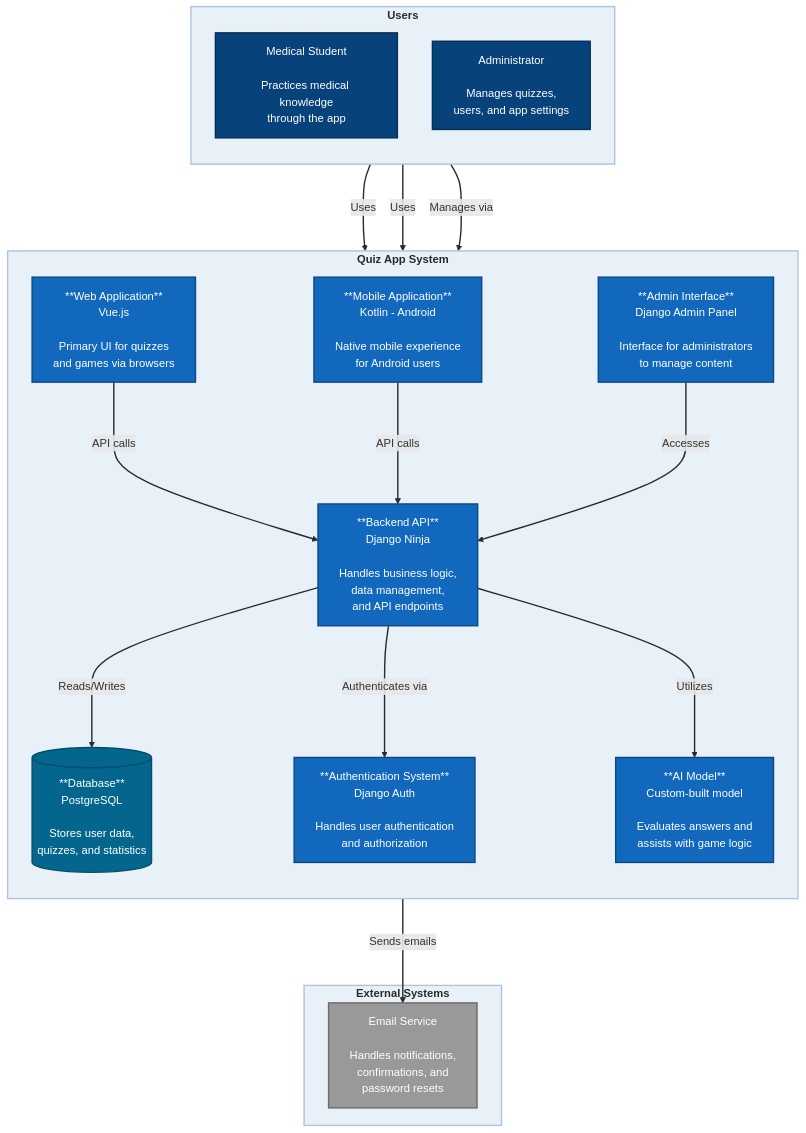
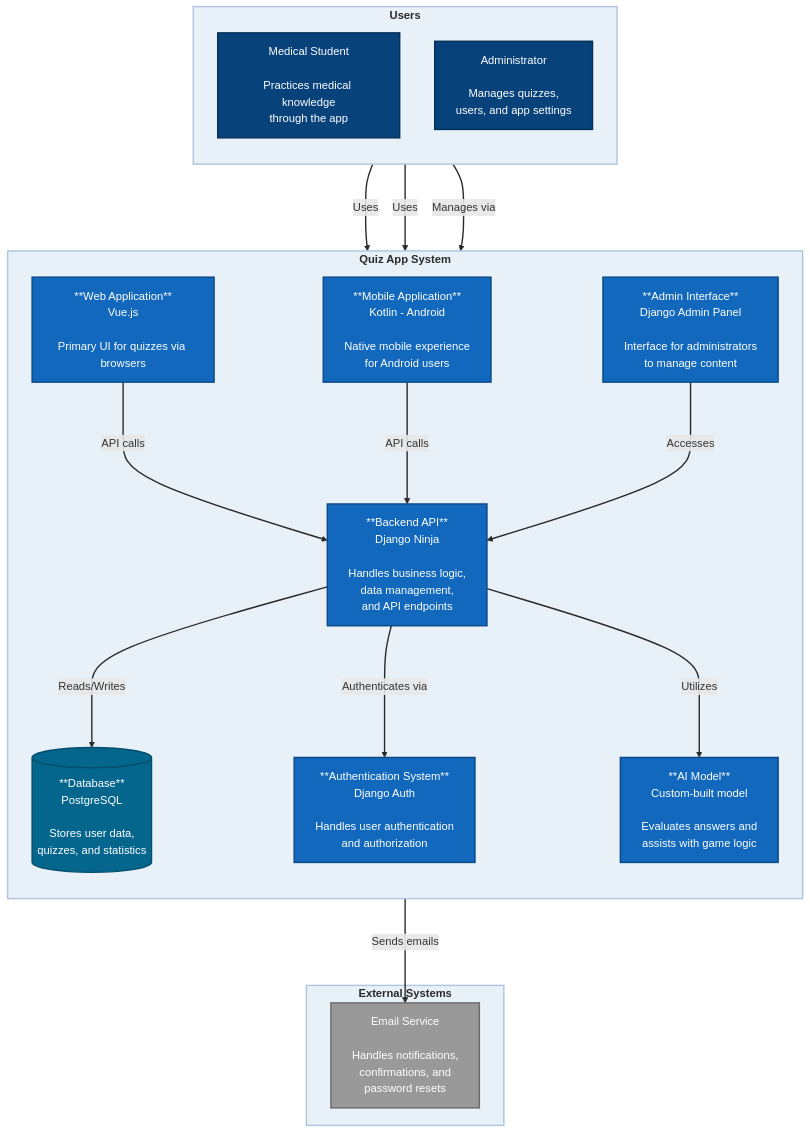
Before and after one commit to HowDidThat/Proiect_no_name: the diagram in Lab3/CatiruStefan/C2.md, drawn with Mermaid.

````diff
--- a/Lab3/CatiruStefan/C2.md
+++ b/Lab3/CatiruStefan/C2.md
@@ -1,52 +1,52 @@
 ```mermaid
 flowchart TB
     %% Define styles
     classDef person fill:#08427B,color:#fff,stroke:#052E56,stroke-width:2px
     classDef container fill:#1168BD,color:#fff,stroke:#0B4884,stroke-width:2px
     classDef database fill:#05668D,color:#fff,stroke:#024E6B,stroke-width:2px
     classDef external fill:#999999,color:#fff,stroke:#6B6B6B,stroke-width:2px
 
     %% Users
     subgraph SG_USERS ["<b>Users</b>"]
         direction TB
         MS[Medical Student<br><br>Practices medical knowledge<br>through the app]:::person
         AD[Administrator<br><br>Manages quizzes,<br>users, and app settings]:::person
     end
 
     %% Quiz App System
     subgraph SG_QUIZ ["<b>Quiz App System</b>"]
         direction TB
-        WA[**Web Application**<br>Vue.js<br><br>Primary UI for quizzes<br>and games via browsers]:::container
+        WA[**Web Application**<br>Vue.js<br><br>Primary UI for quizzes via browsers]:::container
         MA[**Mobile Application**<br>Kotlin - Android<br><br>Native mobile experience<br>for Android users]:::container
         API[**Backend API**<br>Django Ninja<br><br>Handles business logic,<br>data management,<br>and API endpoints]:::container
         ADM[**Admin Interface**<br>Django Admin Panel<br><br>Interface for administrators<br>to manage content]:::container
         AUTH[**Authentication System**<br>Django Auth<br><br>Handles user authentication<br>and authorization]:::container
         AIM[**AI Model**<br>Custom-built model<br><br>Evaluates answers and<br>assists with game logic]:::container
         DB[(**Database**<br>PostgreSQL<br><br>Stores user data,<br>quizzes, and statistics)]:::database
     end
 
     %% External Systems
     subgraph SG_EXT ["<b>External Systems</b>"]
         ES[Email Service<br><br>Handles notifications,<br>confirmations, and<br>password resets]:::external
     end
 
     %% Relationships
     MS ---> |Uses| WA
     MS ---> |Uses| MA
     AD ---> |Manages via| ADM
     WA ---> |API calls| API
     MA ---> |API calls| API
     ADM ---> |Accesses| API
     API ---> |Reads/Writes| DB
     API ---> |Authenticates via| AUTH
     API ---> |Utilizes| AIM
     API ---> |Sends emails| ES
 
     %% Styles
     style SG_USERS fill:#E8F1F8,stroke:#B0C4DE,stroke-width:2px,color:#2A2A2A
     style SG_QUIZ fill:#E8F1F8,stroke:#B0C4DE,stroke-width:2px,color:#2A2A2A
     style SG_EXT fill:#E8F1F8,stroke:#B0C4DE,stroke-width:2px,color:#2A2A2A
 
     %% Link style
     linkStyle default stroke:#2A2A2A,stroke-width:2px
 ```
````
